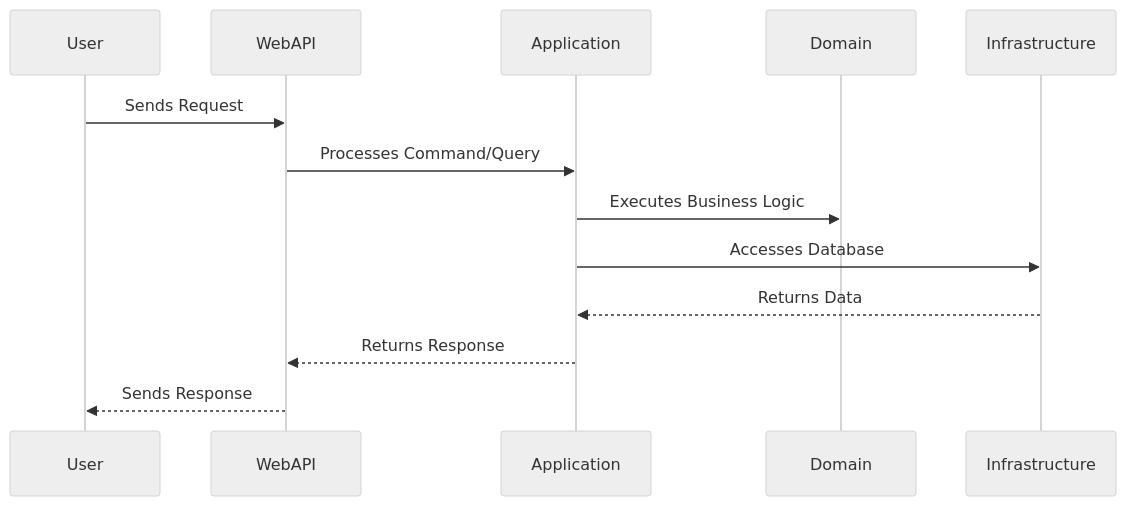
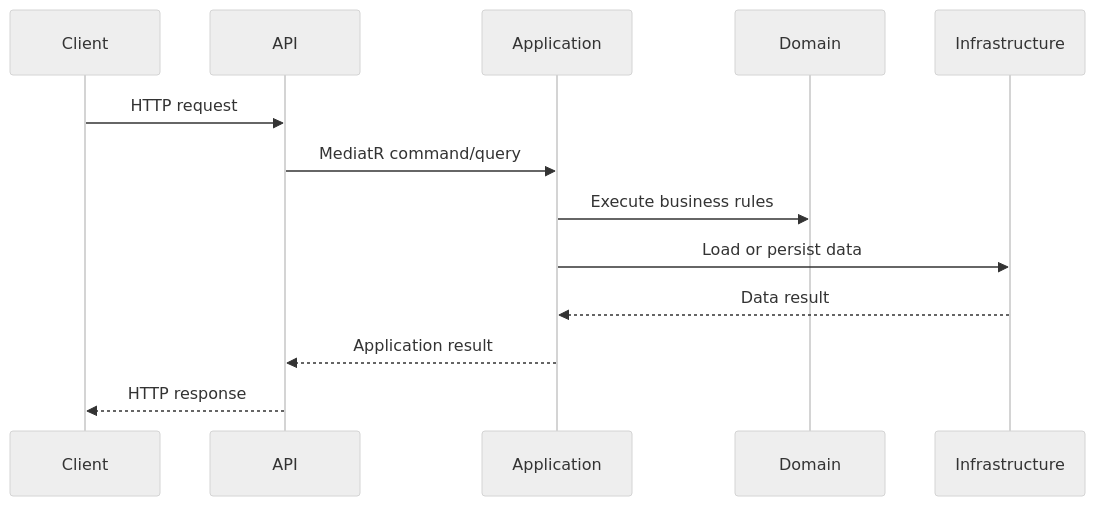
Before and after one commit to kulvitaly/gen-ai-software-engineering: the second of 3 diagrams in homework-2/docs/ARCHITECTURE.md, drawn with Mermaid (neutral theme). The commit also changed other lines of this file and 24 other files, not shown here.

````diff
--- a/homework-2/docs/ARCHITECTURE.md
+++ b/homework-2/docs/ARCHITECTURE.md
@@ -46,16 +98,16 @@
 ```mermaid
 sequenceDiagram
-    participant User
-    participant WebAPI
+    participant Client
+    participant API
     participant Application
     participant Domain
     participant Infrastructure
 
-    User->>WebAPI: Sends Request
-    WebAPI->>Application: Processes Command/Query
-    Application->>Domain: Executes Business Logic
-    Application->>Infrastructure: Accesses Database
-    Infrastructure-->>Application: Returns Data
-    Application-->>WebAPI: Returns Response
-    WebAPI-->>User: Sends Response
+    Client->>API: HTTP request
+    API->>Application: MediatR command/query
+    Application->>Domain: Execute business rules
+    Application->>Infrastructure: Load or persist data
+    Infrastructure-->>Application: Data result
+    Application-->>API: Application result
+    API-->>Client: HTTP response
 ```
````
